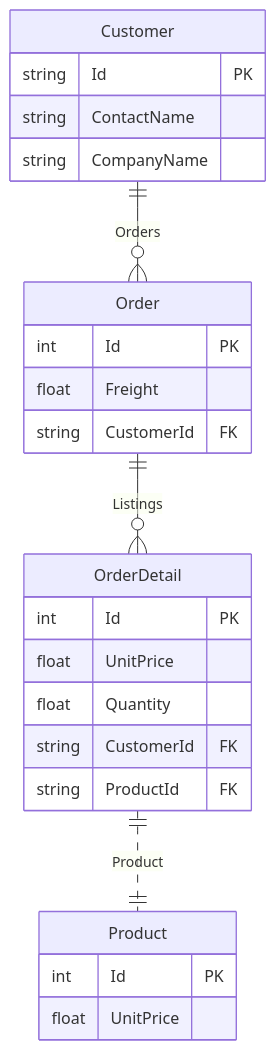
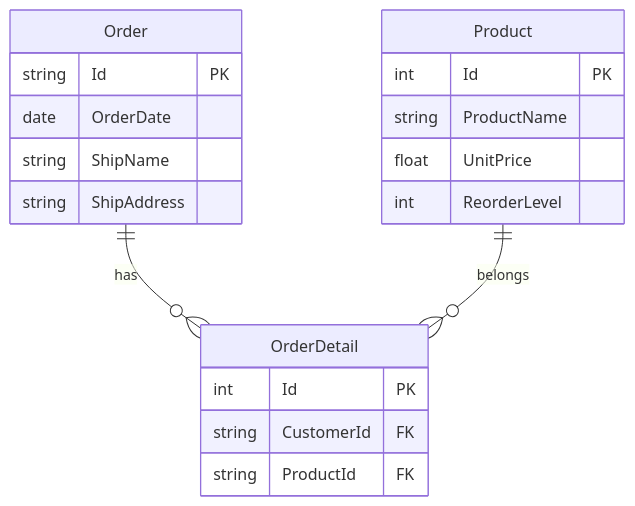
One commit to sayjava/sgraph changed the fourth of 5 diagrams in website/docs/schema.md. Above: the diagram before and after it, drawn with Mermaid. The commit also changed other lines of this file and 6 other files, not shown here.

````diff
--- a/website/docs/schema.md
+++ b/website/docs/schema.md
@@ -99,31 +317,26 @@
 ```mermaid
 erDiagram
-    Customer ||--o{ Order: Orders
-    Order    ||--o{ OrderDetail: Listings
-    OrderDetail ||..|| Product: Product
+Order ||--o{ OrderDetail: has
+Product ||--o{ OrderDetail: belongs
 
-    Customer {
-        string Id PK
-        string ContactName
-        string CompanyName
-    }
+Order {
+    string Id PK
+    date   OrderDate
+    string ShipName
+    string ShipAddress
+}
 
-    Order {
-        int    Id PK
-        float  Freight
-        string CustomerId FK
-    }
+OrderDetail {
+    int Id PK
+    string CustomerId FK
+    string ProductId FK
+}
 
-    OrderDetail {
-        int Id PK
-        float UnitPrice
-        float Quantity
-        string CustomerId FK
-        string ProductId FK
-    }
+Product {
+    int Id PK
+    string ProductName
+    float UnitPrice
+    int ReorderLevel
+}
 
-    Product {
-        int Id PK
-        float UnitPrice
-    }
 ```
````
